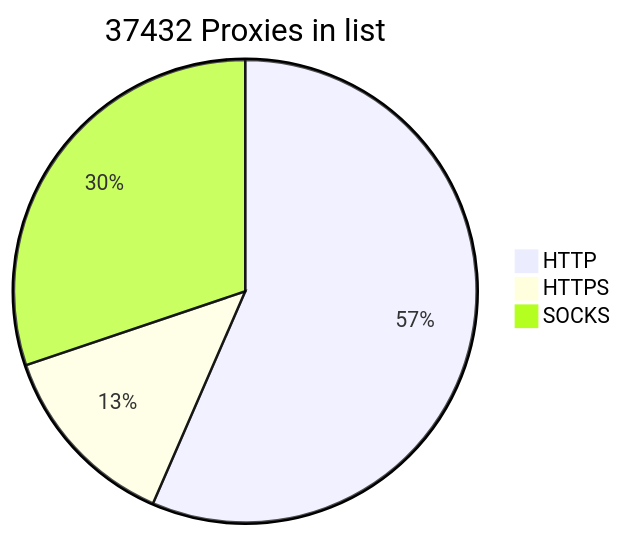
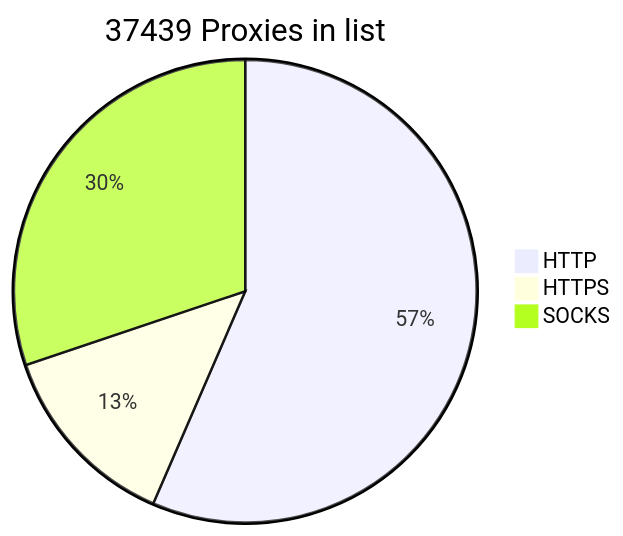
The diagram in README.md (BlackSnowDot/proxylist-update-every-minute), drawn with Mermaid before and after one commit.

````diff
--- a/README.md
+++ b/README.md
@@ -2,6 +2,6 @@
 ```mermaid
-pie title 37432 Proxies in list
-    "HTTP" : 23543
-    "HTTPS": 5540
+pie title 37439 Proxies in list
+    "HTTP" : 23542
+    "HTTPS": 5551
     "SOCKS" : 12567
 ```
````
